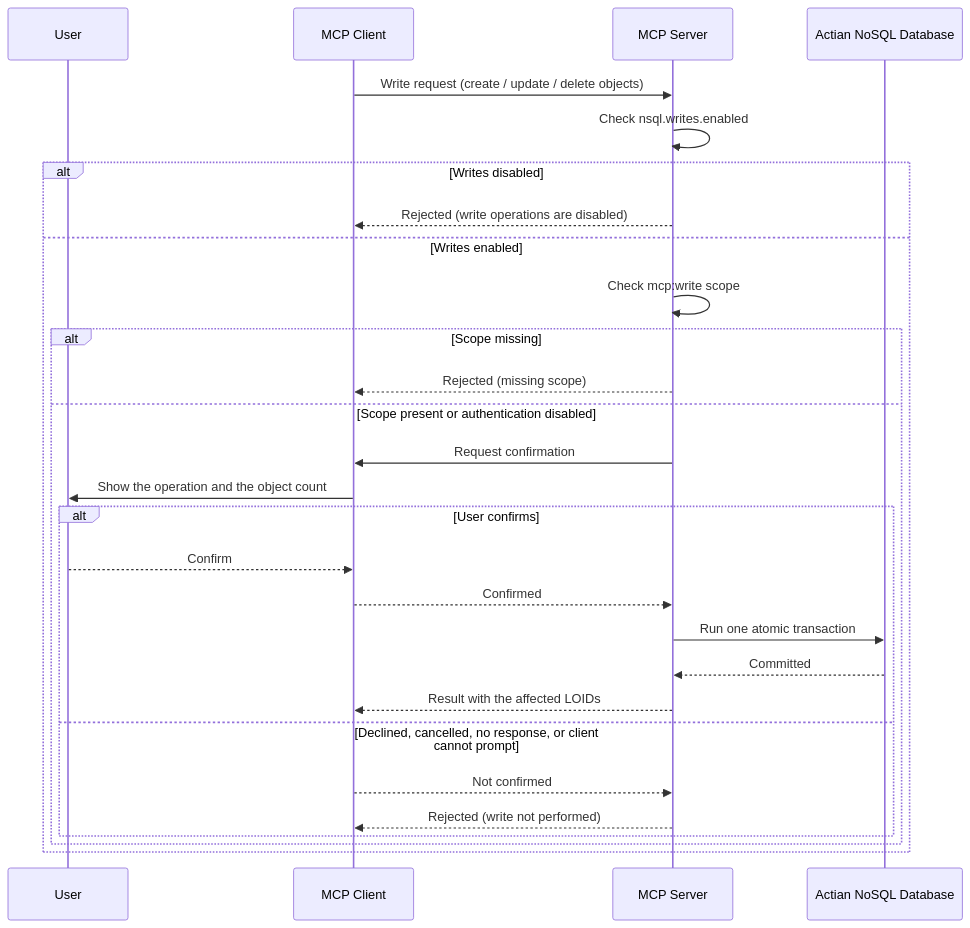
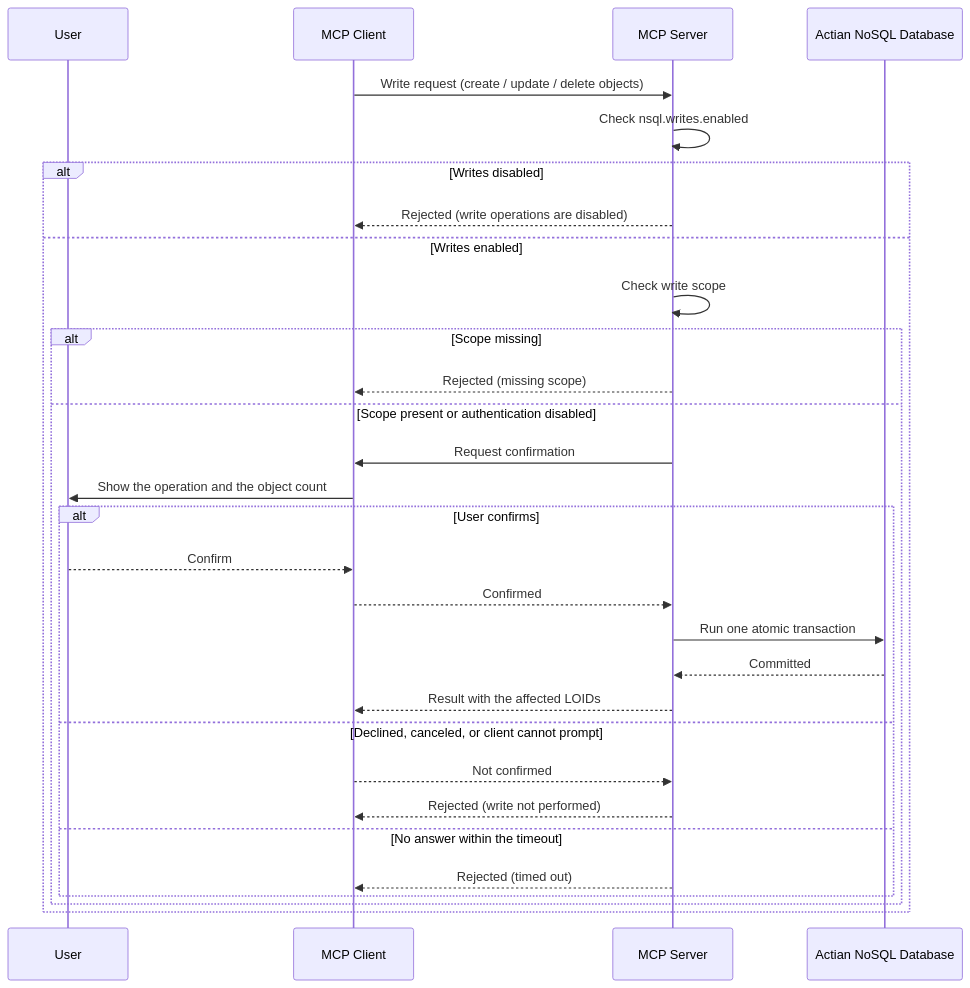
Before and after one commit to ActianCorp/mcp-server-docs: the diagram in docs/nosql/write-support.md, drawn with Mermaid. The commit also changed other lines of this file and 20 other files, not shown here.

````diff
--- a/docs/nosql/write-support.md
+++ b/docs/nosql/write-support.md
@@ -62,32 +63,34 @@
 ```mermaid
 %%{init: {'theme': 'default', 'themeVariables': {'fontSize': '18px', 'fontFamily': 'arial'}}}%%
 sequenceDiagram
     participant User as User
     participant Client as MCP Client
     participant Server as MCP Server
     participant DB as Actian NoSQL Database
 
     Client->>Server: Write request (create / update / delete objects)
     Server->>Server: Check nsql.writes.enabled
     alt Writes disabled
         Server-->>Client: Rejected (write operations are disabled)
     else Writes enabled
-        Server->>Server: Check mcp:write scope
+        Server->>Server: Check write scope
         alt Scope missing
             Server-->>Client: Rejected (missing scope)
         else Scope present or authentication disabled
             Server->>Client: Request confirmation
             Client->>User: Show the operation and the object count
             alt User confirms
                 User-->>Client: Confirm
                 Client-->>Server: Confirmed
                 Server->>DB: Run one atomic transaction
                 DB-->>Server: Committed
                 Server-->>Client: Result with the affected LOIDs
-            else Declined, cancelled, no response, or client cannot prompt
+            else Declined, canceled, or client cannot prompt
                 Client-->>Server: Not confirmed
                 Server-->>Client: Rejected (write not performed)
+            else No answer within the timeout
+                Server-->>Client: Rejected (timed out)
             end
         end
     end
 ```
````
